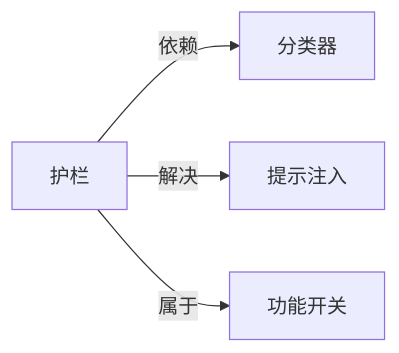
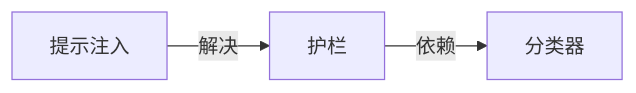
One commit to yibie/claude-best-practices-zh changed the diagram in wiki/护栏.md. Above: the diagram before and after it, drawn with Mermaid. The commit also changed other lines of this file and 407 other files, not shown here.

Commit message:
feat: DeepSeek 三遍审校（译文/关系/图谱）+ 可部署静态站点

````diff
--- a/wiki/护栏.md
+++ b/wiki/护栏.md
@@ -44,7 +44,6 @@
 ```mermaid
 graph LR
   C["护栏"]
   C -->|依赖| N0["分类器"]
-  C -->|解决| N1["提示注入"]
-  C -->|属于| N2["功能开关"]
+  N1["提示注入"] -->|解决| C
 ```
````
